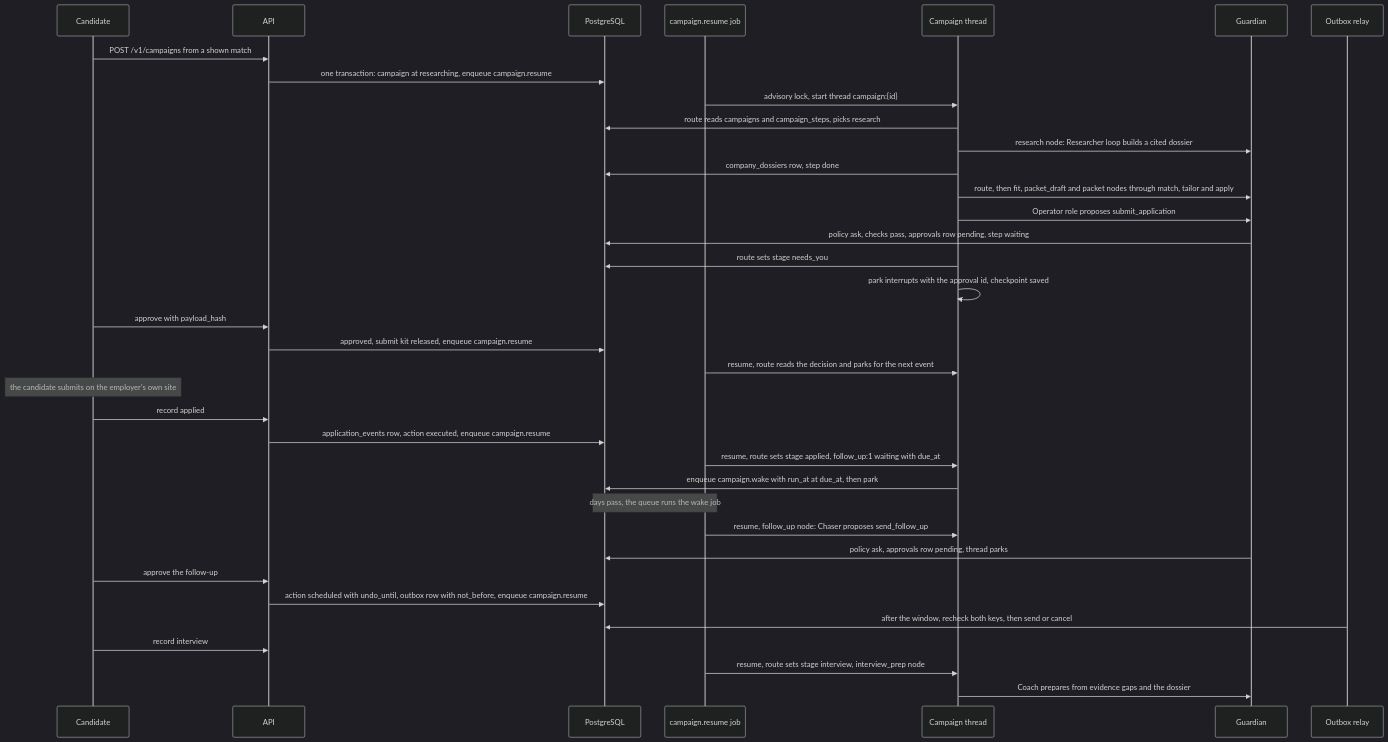
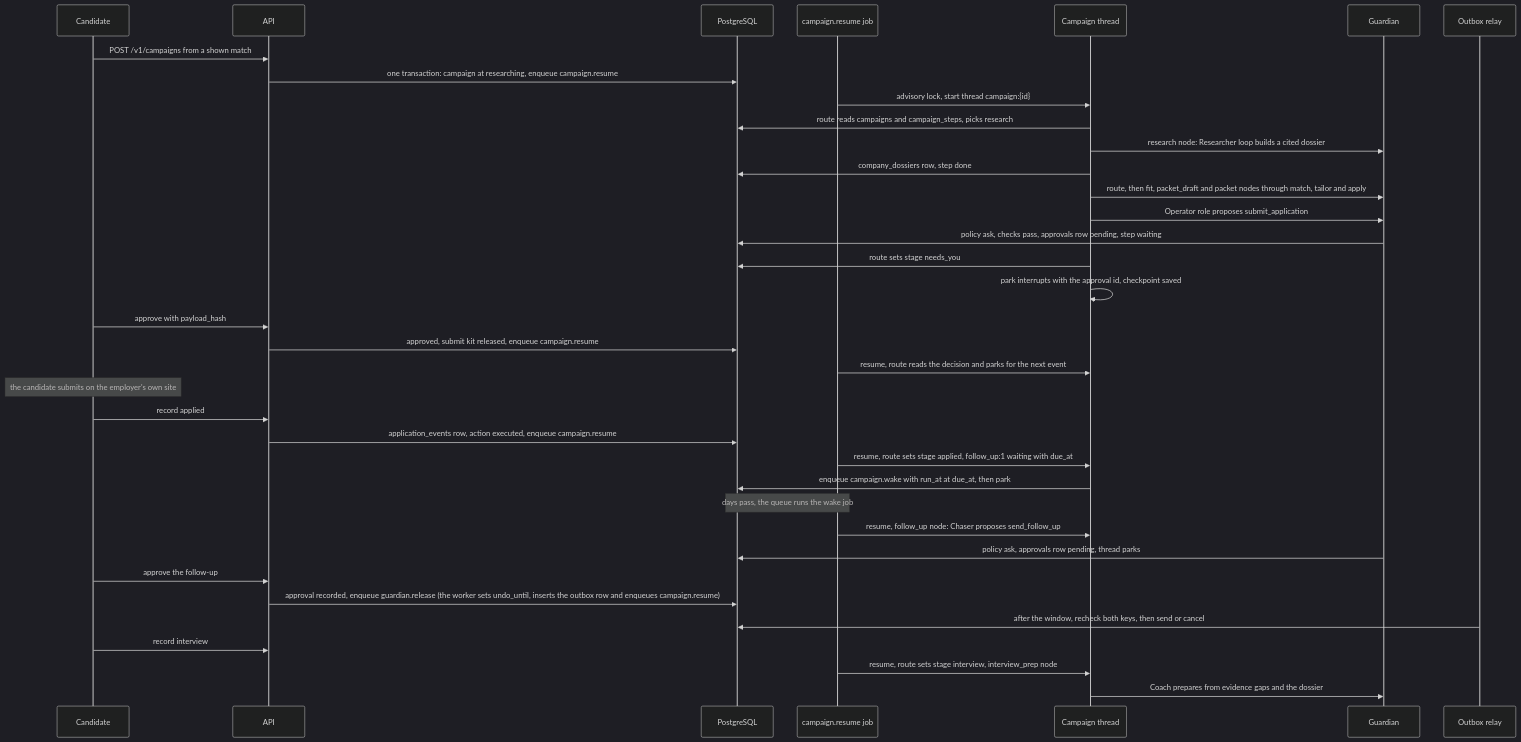
One commit to jaiswal-naman/openelip changed the seventh of 14 diagrams in docs/ARCHITECTURE.md. Above: the diagram before and after it, drawn with Mermaid (dark theme). The commit also changed other lines of this file and 2 other files, not shown here.

Commit message:
fix(07-03): a date written with digits is not a phone number; ARCHITECTURE 5.6 says the worker schedules the follow-up

````diff
--- a/docs/ARCHITECTURE.md
+++ b/docs/ARCHITECTURE.md
@@ -374,38 +374,38 @@
 ```mermaid
 sequenceDiagram
   participant U as Candidate
   participant A as API
   participant PG as PostgreSQL
   participant Q as campaign.resume job
   participant T as Campaign thread
   participant G as Guardian
   participant R as Outbox relay
   U->>A: POST /v1/campaigns from a shown match
   A->>PG: one transaction: campaign at researching, enqueue campaign.resume
   Q->>T: advisory lock, start thread campaign:{id}
   T->>PG: route reads campaigns and campaign_steps, picks research
   T->>G: research node: Researcher loop builds a cited dossier
   T->>PG: company_dossiers row, step done
   T->>G: route, then fit, packet_draft and packet nodes through match, tailor and apply
   T->>G: Operator role proposes submit_application
   G->>PG: policy ask, checks pass, approvals row pending, step waiting
   T->>PG: route sets stage needs_you
   T->>T: park interrupts with the approval id, checkpoint saved
   U->>A: approve with payload_hash
   A->>PG: approved, submit kit released, enqueue campaign.resume
   Q->>T: resume, route reads the decision and parks for the next event
   Note over U: the candidate submits on the employer's own site
   U->>A: record applied
   A->>PG: application_events row, action executed, enqueue campaign.resume
   Q->>T: resume, route sets stage applied, follow_up:1 waiting with due_at
   T->>PG: enqueue campaign.wake with run_at at due_at, then park
   Note over Q,PG: days pass, the queue runs the wake job
   Q->>T: resume, follow_up node: Chaser proposes send_follow_up
   G->>PG: policy ask, approvals row pending, thread parks
   U->>A: approve the follow-up
-  A->>PG: action scheduled with undo_until, outbox row with not_before, enqueue campaign.resume
+  A->>PG: approval recorded, enqueue guardian.release (the worker sets undo_until, inserts the outbox row and enqueues campaign.resume)
   R->>PG: after the window, recheck both keys, then send or cancel
   U->>A: record interview
   Q->>T: resume, route sets stage interview, interview_prep node
   T->>G: Coach prepares from evidence gaps and the dossier
 ```
````
